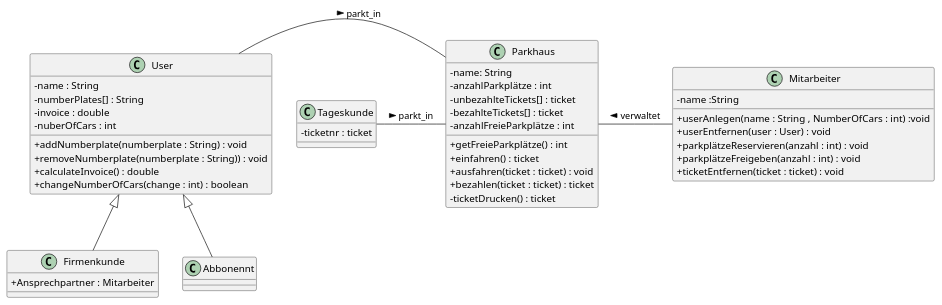
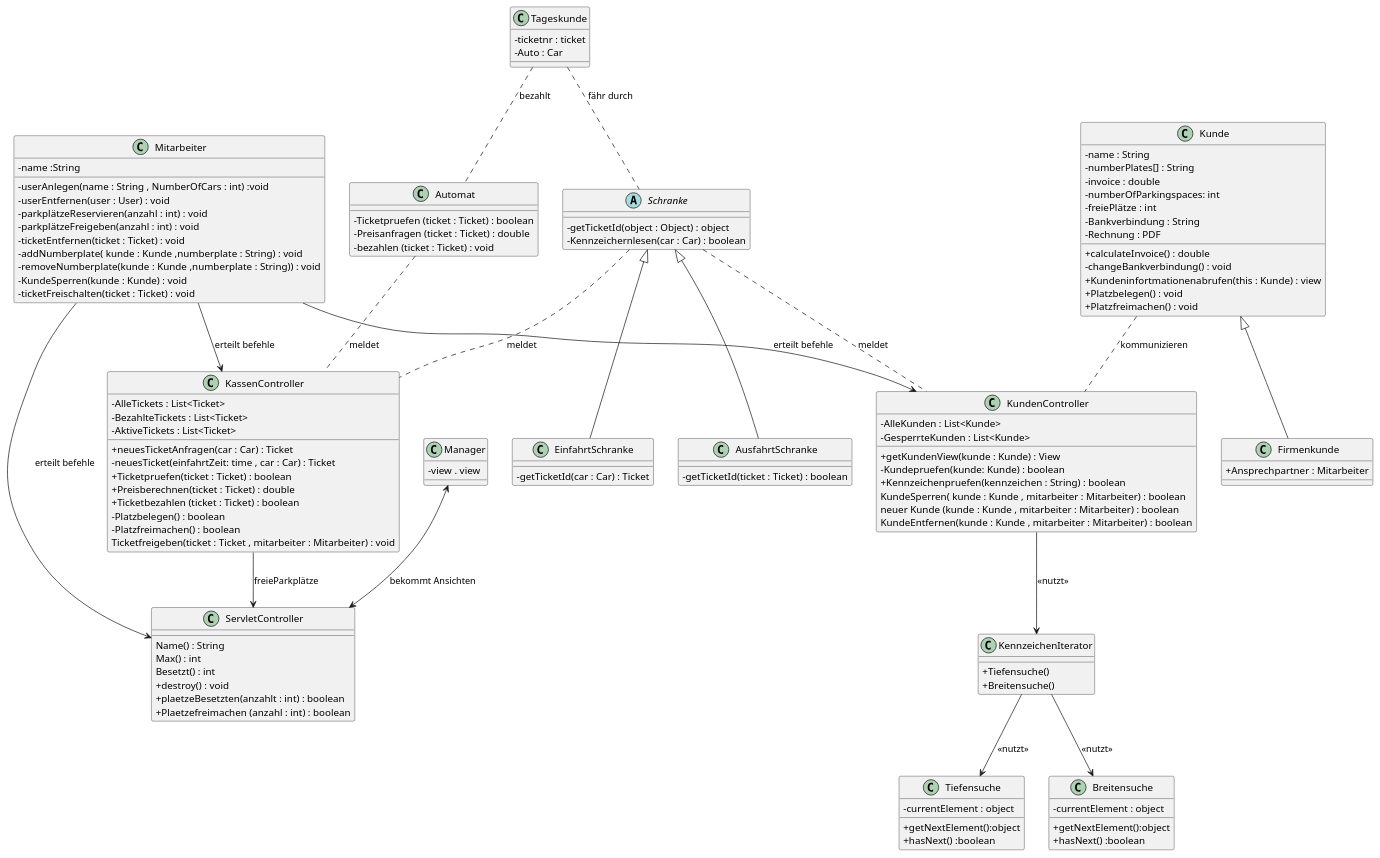
Before and after one commit to bitsandbyt3/SE11: the diagram in src/main/Klassendiagramm.puml, drawn with PlantUML. The commit also changed 1 other file, not shown here.

Commit message:
Klassendiagramm

```diff
--- a/src/main/Klassendiagramm.puml
+++ b/src/main/Klassendiagramm.puml
@@ -1,57 +1,144 @@
 @startuml
 skinparam classAttributeIconSize 0
-class Parkhaus {
-  -name: String
-  -anzahlParkplätze : int
-  -unbezahlteTickets[] : ticket
-  -bezahlteTickets[] : ticket
-  -anzahlFreieParkplätze : int
-
-  +getFreieParkplätze() : int
-  +einfahren() : ticket
-  +ausfahren(ticket : ticket) : void
-  +bezahlen(ticket : ticket) : ticket
-  -ticketDrucken() : ticket
-}
 
 class Mitarbeiter{
 -name :String
 
-+userAnlegen(name : String , NumberOfCars : int) :void
-+userEntfernen(user : User) : void
-+parkplätzeReservieren(anzahl : int) : void
-+parkplätzeFreigeben(anzahl : int) : void
-+ticketEntfernen(ticket : ticket) : void
+-userAnlegen(name : String , NumberOfCars : int) :void
+-userEntfernen(user : User) : void
+-parkplätzeReservieren(anzahl : int) : void
+-parkplätzeFreigeben(anzahl : int) : void
+-ticketEntfernen(ticket : Ticket) : void
+-addNumberplate( kunde : Kunde ,numberplate : String) : void
+-removeNumberplate(kunde : Kunde ,numberplate : String)) : void
+-KundeSperren(kunde : Kunde) : void
+-ticketFreischalten(ticket : Ticket) : void
 }
 
 class Firmenkunde{
 + Ansprechpartner : Mitarbeiter
+
 }
 
-class Abbonennt{
-}
-
-class User {
+class Kunde {
   -name : String
   -numberPlates[] : String
   -invoice : double
-  -nuberOfCars : int
+  -numberOfParkingspaces: int
+  -freiePlätze : int
+  -Bankverbindung : String
+  - Rechnung : PDF
 
-  +addNumberplate(numberplate : String) : void
-  +removeNumberplate(numberplate : String)) : void
   +calculateInvoice() : double
-  +changeNumberOfCars(change : int) : boolean
+  -changeBankverbindung() : void
+  +Kundeninfortmationenabrufen(this : Kunde) : view
+  +Platzbelegen() : void
+  +Platzfreimachen() : void
+
 }
 
 class Tageskunde{
 -ticketnr : ticket
+-Auto : Car
+}
+
+abstract class Schranke{
+-getTicketId(object : Object) : object
+-Kennzeichernlesen(car : Car) : boolean
+}
+
+class EinfahrtSchranke {
+-getTicketId(car : Car) : Ticket
+}
+
+class AusfahrtSchranke {
+-getTicketId(ticket : Ticket) : boolean
+}
+
+class KassenController {
+-AlleTickets : List<Ticket>
+-BezahlteTickets : List<Ticket>
+-AktiveTickets : List<Ticket>
+
++neuesTicketAnfragen(car : Car) : Ticket
+-neuesTicket(einfahrtZeit: time , car : Car) : Ticket
++Ticketpruefen(ticket : Ticket) : boolean
++Preisberechnen(ticket : Ticket) : double
++Ticketbezahlen (ticket : Ticket) : boolean
+-Platzbelegen() : boolean
+-Platzfreimachen() : boolean
+Ticketfreigeben(ticket : Ticket , mitarbeiter : Mitarbeiter) : void
+}
+
+class KundenController{
+- AlleKunden : List<Kunde>
+- GesperrteKunden : List<Kunde>
+
++getKundenView(kunde : Kunde) : View
+-Kundepruefen(kunde: Kunde) : boolean
++Kennzeichenpruefen(kennzeichen : String) : boolean
+KundeSperren( kunde : Kunde , mitarbeiter : Mitarbeiter) : boolean
+neuer Kunde (kunde : Kunde , mitarbeiter : Mitarbeiter) : boolean
+KundeEntfernen(kunde : Kunde , mitarbeiter : Mitarbeiter) : boolean
+}
+
+class KennzeichenIterator{
++Tiefensuche()
++Breitensuche()
+}
+
+class Tiefensuche{
+-currentElement : object
+
++getNextElement():object
++hasNext() :boolean
+}
+
+class Breitensuche {
+-currentElement : object
+
++getNextElement():object
++hasNext() :boolean
+}
+
+class Automat{
+
+-Ticketpruefen (ticket : Ticket) : boolean
+-Preisanfragen (ticket : Ticket) : double
+-bezahlen (ticket : Ticket) : void
+}
+
+class ServletController {
+
+Name() : String
+Max() : int
+Besetzt() : int
++destroy() : void
++plaetzeBesetzten(anzahlt : int) : boolean
++Plaetzefreimachen (anzahl : int) : boolean
+
+}
+
+class Manager {
+-view . view
 }
 
 
-User <|-- Firmenkunde
-User <|-- Abbonennt
-User - Parkhaus : parkt_in >
-Tageskunde - Parkhaus : parkt_in >
-Parkhaus - Mitarbeiter : verwaltet <
-
+Kunde <|-- Firmenkunde
+Tageskunde .- Schranke : fähr durch
+Tageskunde .- Automat : bezahlt
+Automat .- KassenController : meldet
+Schranke .- KassenController : meldet
+Schranke .- KundenController : meldet
+Schranke <|-- AusfahrtSchranke
+Schranke <|-- EinfahrtSchranke
+Kunde .- KundenController : kommunizieren
+KundenController --> KennzeichenIterator : <<nutzt>>
+KennzeichenIterator --> Tiefensuche : <<nutzt>>
+KennzeichenIterator --> Breitensuche : <<nutzt>>
+Mitarbeiter --> KundenController : erteilt befehle
+Mitarbeiter --> ServletController : erteilt befehle
+Mitarbeiter --> KassenController : erteilt befehle
+KassenController --> ServletController : freieParkplätze
+Manager <--> ServletController : bekommt Ansichten
 @enduml
```
